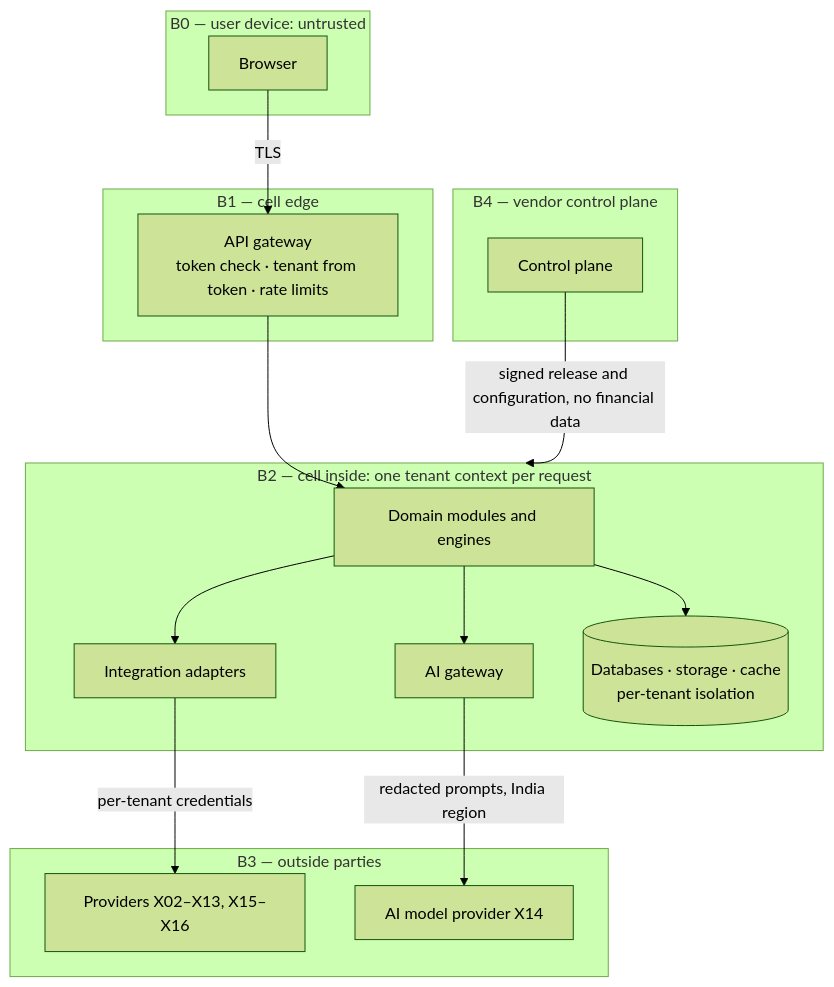
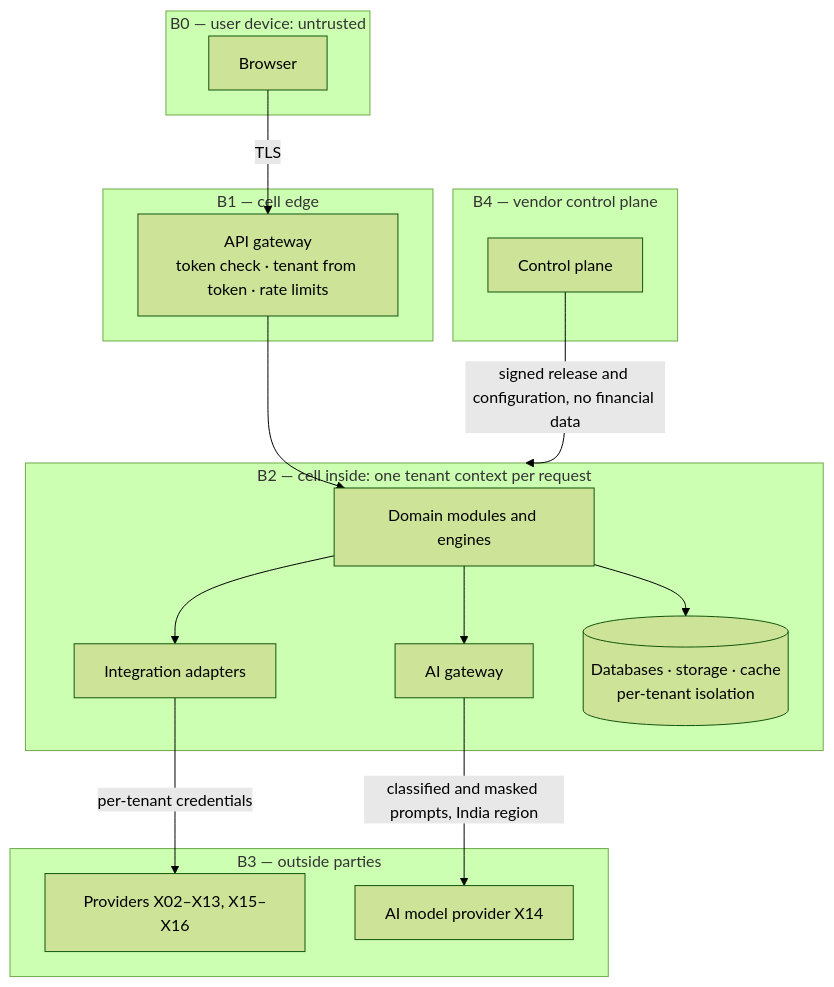
Before and after one commit to suchitdubey7/AMC-OS: the second of 2 diagrams in docs/04_enterprise_architecture/EA-001_system_context.md, drawn with Mermaid (forest theme). The commit also changed other lines of this file and 6 other files, not shown here.

````diff
--- a/docs/04_enterprise_architecture/EA-001_system_context.md
+++ b/docs/04_enterprise_architecture/EA-001_system_context.md
@@ -153,30 +153,30 @@
 ```mermaid
 flowchart TB
   subgraph B0[B0 — user device: untrusted]
     BR[Browser]
   end
   subgraph B1[B1 — cell edge]
     GW[API gateway\ntoken check · tenant from token · rate limits]
   end
   subgraph B2[B2 — cell inside: one tenant context per request]
     APP[Domain modules and engines]
     AIG[AI gateway]
     ADP[Integration adapters]
     DB[(Databases · storage · cache\nper-tenant isolation)]
   end
   subgraph B3[B3 — outside parties]
     EXT[Providers X02–X13, X15–X16]
     AIP[AI model provider X14]
   end
   subgraph B4[B4 — vendor control plane]
     CP[Control plane]
   end
   BR -->|TLS| GW
   GW --> APP
   APP --> DB
   APP --> AIG
-  AIG -->|redacted prompts, India region| AIP
+  AIG -->|classified and masked prompts, India region| AIP
   APP --> ADP
   ADP -->|per-tenant credentials| EXT
   CP -->|signed release and configuration, no financial data| B2
 ```
````
